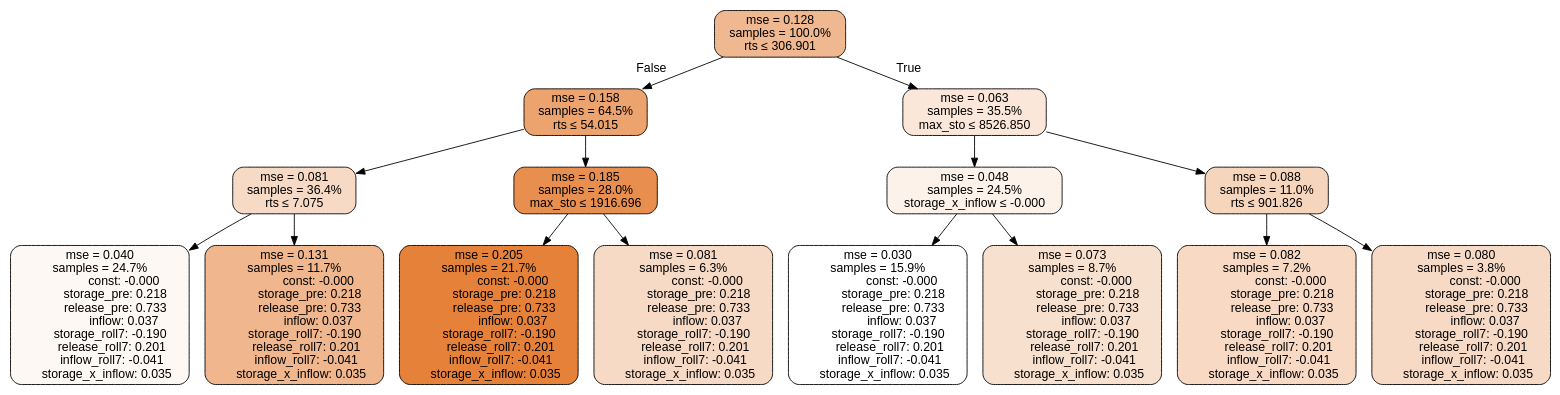
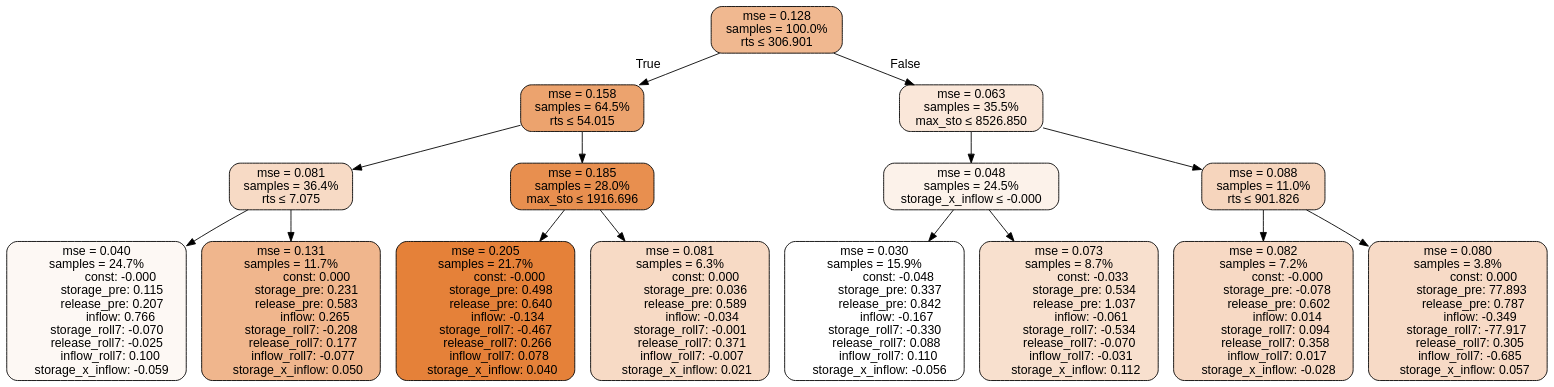
One commit to lcford2/predict-release changed the diagram in results/tclr_spatial_eval/all/TD3_RT_MS_0.75_41/tree.dot. Above: the diagram before and after it, drawn with Graphviz. The commit also changed 1999 other files, not shown here.

```diff
--- a/results/tclr_spatial_eval/all/TD3_RT_MS_0.75_41/tree.dot
+++ b/results/tclr_spatial_eval/all/TD3_RT_MS_0.75_41/tree.dot
@@ -1,120 +1,121 @@
 digraph tree {
+bgcolor="transparent"
 node [shape=rectangle, style="filled, rounded", color="black", fontname=helvetica] ;
 edge [fontname=helvetica] ;
 	"0" [label="mse = 0.128
 samples = 100.0%
 rts &le; 306.901", fillcolor="#f0b890"]
 	"1" [label="mse = 0.158
 samples = 64.5%
 rts &le; 54.015", fillcolor="#eca36e"]
 	"2" [label="mse = 0.081
 samples = 36.4%
 rts &le; 7.075", fillcolor="#f7dac5"]
 	"3" [label="mse = 0.040
 samples = 24.7%
                const: -0.000
-          storage_pre: 0.218
-          release_pre: 0.733
-               inflow: 0.037
-       storage_roll7: -0.190
-        release_roll7: 0.201
-        inflow_roll7: -0.041
-     storage_x_inflow: 0.035", fillcolor="#fdf8f4"]
+          storage_pre: 0.115
+          release_pre: 0.207
+               inflow: 0.766
+       storage_roll7: -0.070
+       release_roll7: -0.025
+         inflow_roll7: 0.100
+    storage_x_inflow: -0.059", fillcolor="#fdf8f4"]
 	"4" [label="mse = 0.131
 samples = 11.7%
-               const: -0.000
-          storage_pre: 0.218
-          release_pre: 0.733
-               inflow: 0.037
-       storage_roll7: -0.190
-        release_roll7: 0.201
-        inflow_roll7: -0.041
-     storage_x_inflow: 0.035", fillcolor="#f0b68d"]
+                const: 0.000
+          storage_pre: 0.231
+          release_pre: 0.583
+               inflow: 0.265
+       storage_roll7: -0.208
+        release_roll7: 0.177
+        inflow_roll7: -0.077
+     storage_x_inflow: 0.050", fillcolor="#f0b68d"]
 	"5" [label="mse = 0.185
 samples = 28.0%
 max_sto &le; 1916.696", fillcolor="#e88f4f"]
 	"6" [label="mse = 0.205
 samples = 21.7%
                const: -0.000
-          storage_pre: 0.218
-          release_pre: 0.733
-               inflow: 0.037
-       storage_roll7: -0.190
-        release_roll7: 0.201
-        inflow_roll7: -0.041
-     storage_x_inflow: 0.035", fillcolor="#e58139"]
+          storage_pre: 0.498
+          release_pre: 0.640
+              inflow: -0.134
+       storage_roll7: -0.467
+        release_roll7: 0.266
+         inflow_roll7: 0.078
+     storage_x_inflow: 0.040", fillcolor="#e58139"]
 	"7" [label="mse = 0.081
 samples = 6.3%
-               const: -0.000
-          storage_pre: 0.218
-          release_pre: 0.733
-               inflow: 0.037
-       storage_roll7: -0.190
-        release_roll7: 0.201
-        inflow_roll7: -0.041
-     storage_x_inflow: 0.035", fillcolor="#f7dac5"]
+                const: 0.000
+          storage_pre: 0.036
+          release_pre: 0.589
+              inflow: -0.034
+       storage_roll7: -0.001
+        release_roll7: 0.371
+        inflow_roll7: -0.007
+     storage_x_inflow: 0.021", fillcolor="#f7dac5"]
 	"8" [label="mse = 0.063
 samples = 35.5%
 max_sto &le; 8526.850", fillcolor="#fae7d9"]
 	"9" [label="mse = 0.048
 samples = 24.5%
 storage_x_inflow &le; -0.000", fillcolor="#fcf2ea"]
 	"10" [label="mse = 0.030
 samples = 15.9%
-               const: -0.000
-          storage_pre: 0.218
-          release_pre: 0.733
-               inflow: 0.037
-       storage_roll7: -0.190
-        release_roll7: 0.201
-        inflow_roll7: -0.041
-     storage_x_inflow: 0.035", fillcolor="#ffffff"]
+               const: -0.048
+          storage_pre: 0.337
+          release_pre: 0.842
+              inflow: -0.167
+       storage_roll7: -0.330
+        release_roll7: 0.088
+         inflow_roll7: 0.110
+    storage_x_inflow: -0.056", fillcolor="#ffffff"]
 	"11" [label="mse = 0.073
 samples = 8.7%
-               const: -0.000
-          storage_pre: 0.218
-          release_pre: 0.733
-               inflow: 0.037
-       storage_roll7: -0.190
-        release_roll7: 0.201
-        inflow_roll7: -0.041
-     storage_x_inflow: 0.035", fillcolor="#f8e0ce"]
+               const: -0.033
+          storage_pre: 0.534
+          release_pre: 1.037
+              inflow: -0.061
+       storage_roll7: -0.534
+       release_roll7: -0.070
+        inflow_roll7: -0.031
+     storage_x_inflow: 0.112", fillcolor="#f8e0ce"]
 	"12" [label="mse = 0.088
 samples = 11.0%
 rts &le; 901.826", fillcolor="#f6d5bd"]
 	"13" [label="mse = 0.082
 samples = 7.2%
                const: -0.000
-          storage_pre: 0.218
-          release_pre: 0.733
-               inflow: 0.037
-       storage_roll7: -0.190
-        release_roll7: 0.201
-        inflow_roll7: -0.041
-     storage_x_inflow: 0.035", fillcolor="#f7d9c4"]
+         storage_pre: -0.078
+          release_pre: 0.602
+               inflow: 0.014
+        storage_roll7: 0.094
+        release_roll7: 0.358
+         inflow_roll7: 0.017
+    storage_x_inflow: -0.028", fillcolor="#f7d9c4"]
 	"14" [label="mse = 0.080
 samples = 3.8%
-               const: -0.000
-          storage_pre: 0.218
-          release_pre: 0.733
-               inflow: 0.037
-       storage_roll7: -0.190
-        release_roll7: 0.201
-        inflow_roll7: -0.041
-     storage_x_inflow: 0.035", fillcolor="#f7dac6"]
+                const: 0.000
+         storage_pre: 77.893
+          release_pre: 0.787
+              inflow: -0.349
+      storage_roll7: -77.917
+        release_roll7: 0.305
+        inflow_roll7: -0.685
+     storage_x_inflow: 0.057", fillcolor="#f7dac6"]
 
-	"0" -> "1" [labeldistance=2.5, labelangle=45, headlabel="False"]
+	"0" -> "1" [labeldistance=2.5, labelangle=45, headlabel="True"]
 	"1" -> "2"
 	"2" -> "3"
 	"2" -> "4"
 	"1" -> "5"
 	"5" -> "6"
 	"5" -> "7"
-	"0" -> "8" [labeldistance=2.5, labelangle=-45, headlabel="True"]
+	"0" -> "8" [labeldistance=2.5, labelangle=-45, headlabel="False"]
 	"8" -> "9"
 	"9" -> "10"
 	"9" -> "11"
 	"8" -> "12"
 	"12" -> "13"
 	"12" -> "14"
 }
```
